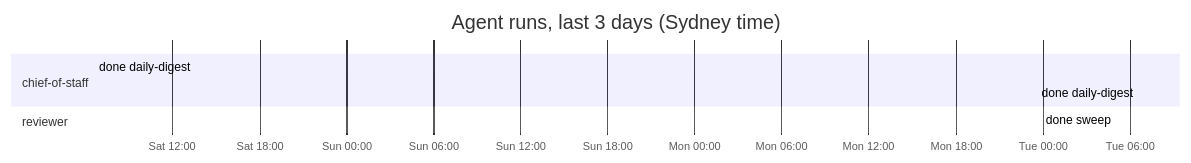
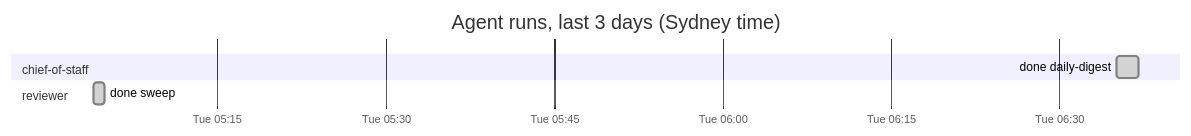
Before and after one commit to roulmediateam-byte/fifteen-expert-hq: the diagram in dashboard.md, drawn with Mermaid. The commit also changed other lines of this file and 1 other file, not shown here.

````diff
--- a/dashboard.md
+++ b/dashboard.md
@@ -37,11 +37,10 @@
 ```mermaid
 gantt
     title Agent runs, last 3 days (Sydney time)
     dateFormat YYYY-MM-DD HH:mm
     axisFormat %a %H:%M
     section chief-of-staff
-    done daily-digest :done, 2026-11-07 06:35, 2026-11-07 06:37
     done daily-digest :done, 2026-11-10 06:35, 2026-11-10 06:37
     section reviewer
     done sweep :done, 2026-11-10 05:04, 2026-11-10 05:05
 ```
````
